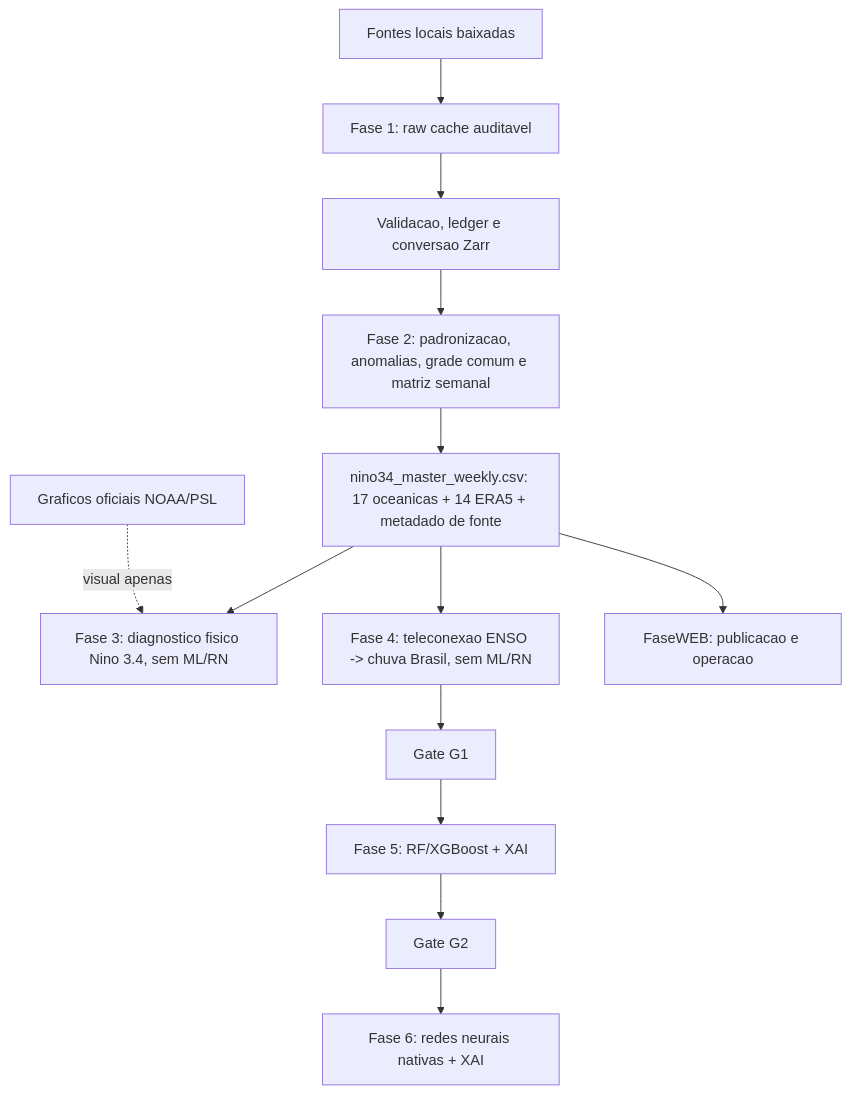
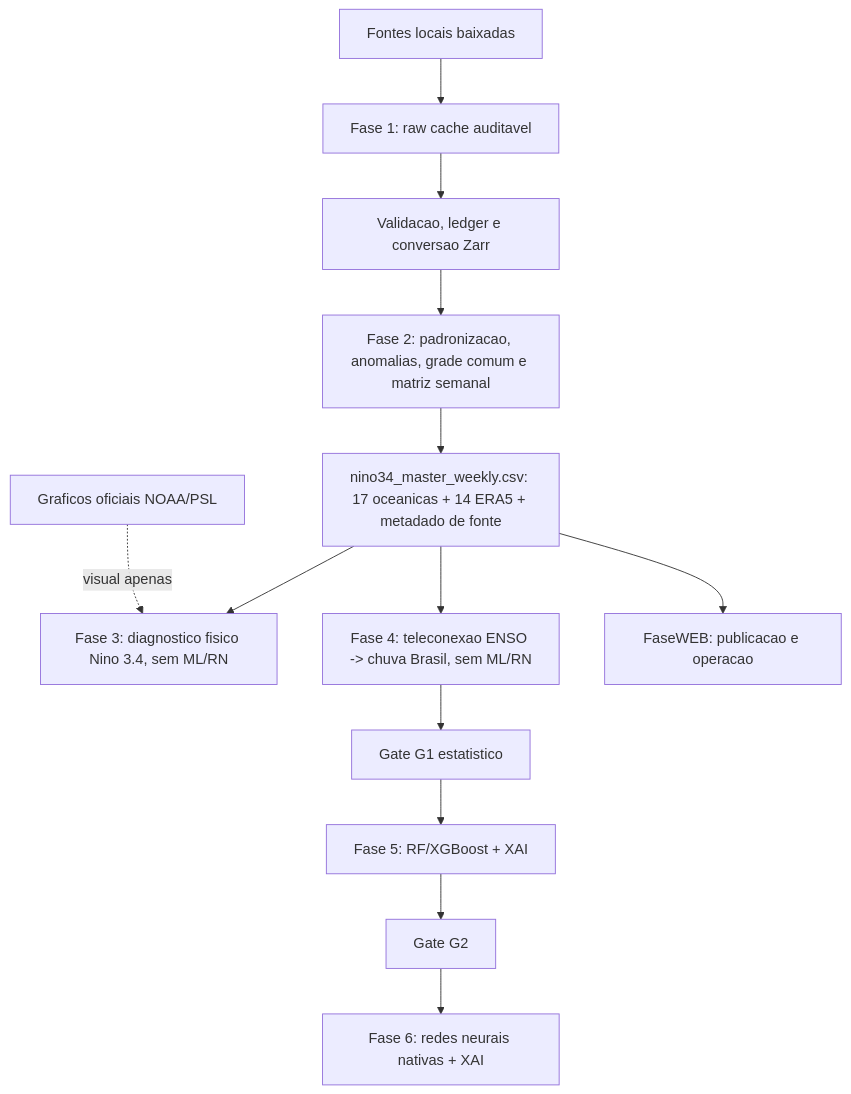
The diagram in docs/ARQUITETURA.md (thiago-vilar/Nino26), drawn with Mermaid before and after one commit. The commit also changed other lines of this file and 63 other files, not shown here.

````diff
--- a/docs/ARQUITETURA.md
+++ b/docs/ARQUITETURA.md
@@ -9,15 +9,15 @@
 ```mermaid
 flowchart TD
     A["Fontes locais baixadas"] --> B["Fase 1: raw cache auditavel"]
     B --> C["Validacao, ledger e conversao Zarr"]
     C --> D["Fase 2: padronizacao, anomalias, grade comum e matriz semanal"]
     D --> E["nino34_master_weekly.csv: 17 oceanicas + 14 ERA5 + metadado de fonte"]
     E --> F["Fase 3: diagnostico fisico Nino 3.4, sem ML/RN"]
     E --> G["Fase 4: teleconexao ENSO -> chuva Brasil, sem ML/RN"]
-    G --> H["Gate G1"]
+    G --> H["Gate G1 estatistico"]
     H --> I["Fase 5: RF/XGBoost + XAI"]
     I --> J["Gate G2"]
     J --> K["Fase 6: redes neurais nativas + XAI"]
     E --> L["FaseWEB: publicacao e operacao"]
     M["Graficos oficiais NOAA/PSL"] -. "visual apenas" .-> F
 ```
````
